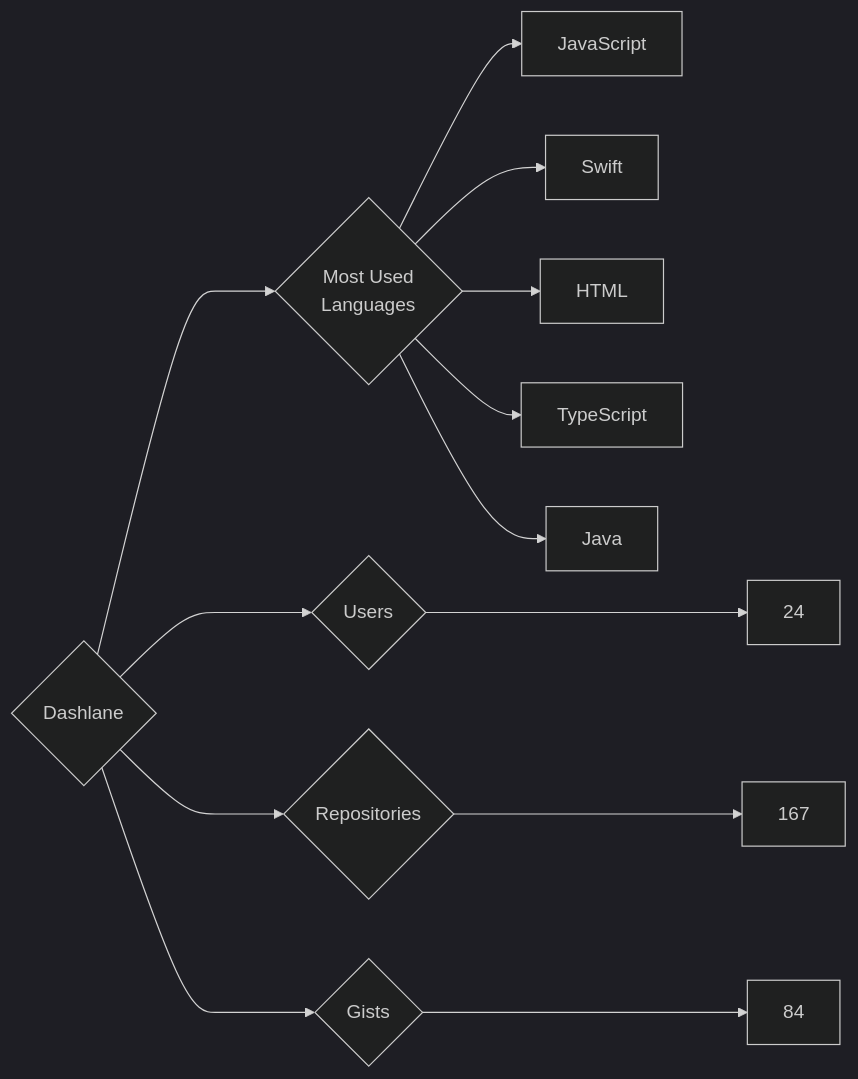
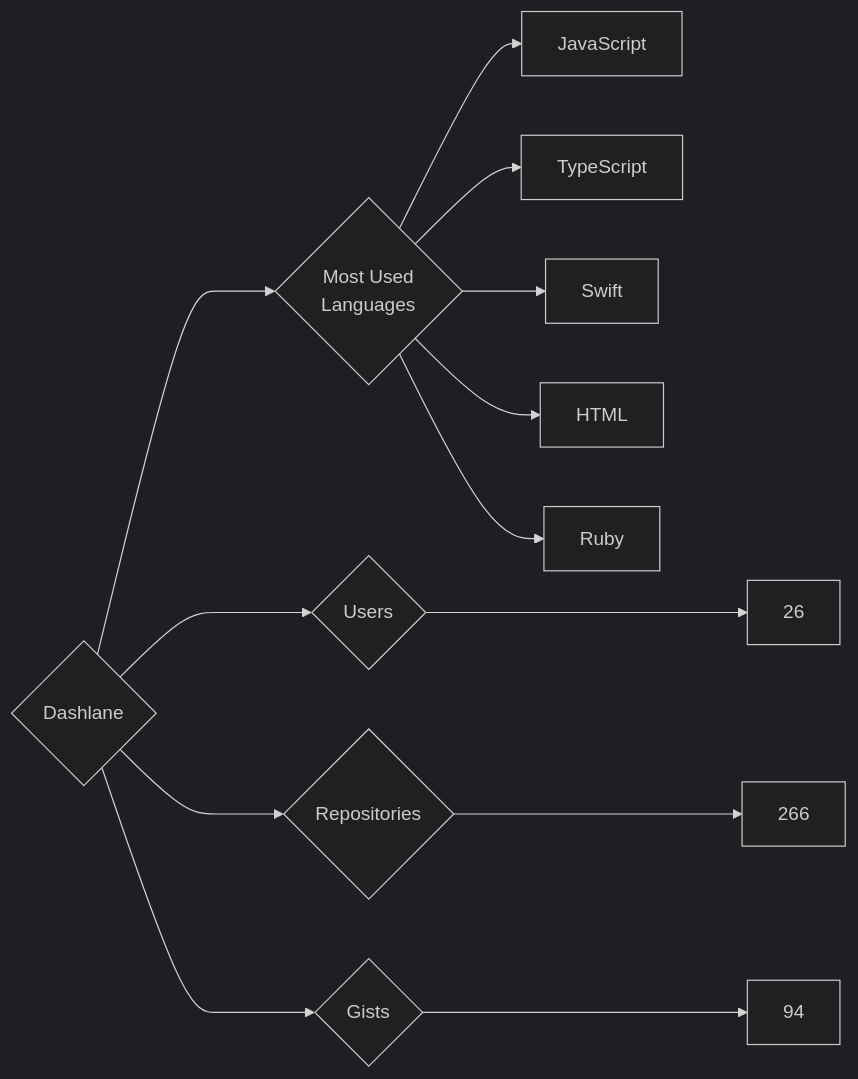
The diagram in targets/Dashlane/README.md (trickest/insiders), drawn with Mermaid (dark theme) before and after one commit. The commit also changed 912 other files, not shown here.

````diff
--- a/targets/Dashlane/README.md
+++ b/targets/Dashlane/README.md
@@ -3,13 +3,13 @@
 ```mermaid
 graph LR
 COMPANY_NAME{Dashlane}
-COMPANY_NAME ---> U{Users} ---> UN[24]
-COMPANY_NAME ---> R{Repositories} ---> RN[167]
-COMPANY_NAME ---> G{Gists} ---> GN[84]
+COMPANY_NAME ---> U{Users} ---> UN[26]
+COMPANY_NAME ---> R{Repositories} ---> RN[266]
+COMPANY_NAME ---> G{Gists} ---> GN[94]
 COMPANY_NAME ---> ML{Most Used<br>Languages}
 ML --> JavaScript[JavaScript]
+ML --> TypeScript[TypeScript]
 ML --> Swift[Swift]
 ML --> HTML[HTML]
-ML --> TypeScript[TypeScript]
-ML --> Java[Java]
+ML --> Ruby[Ruby]
 ```
````
